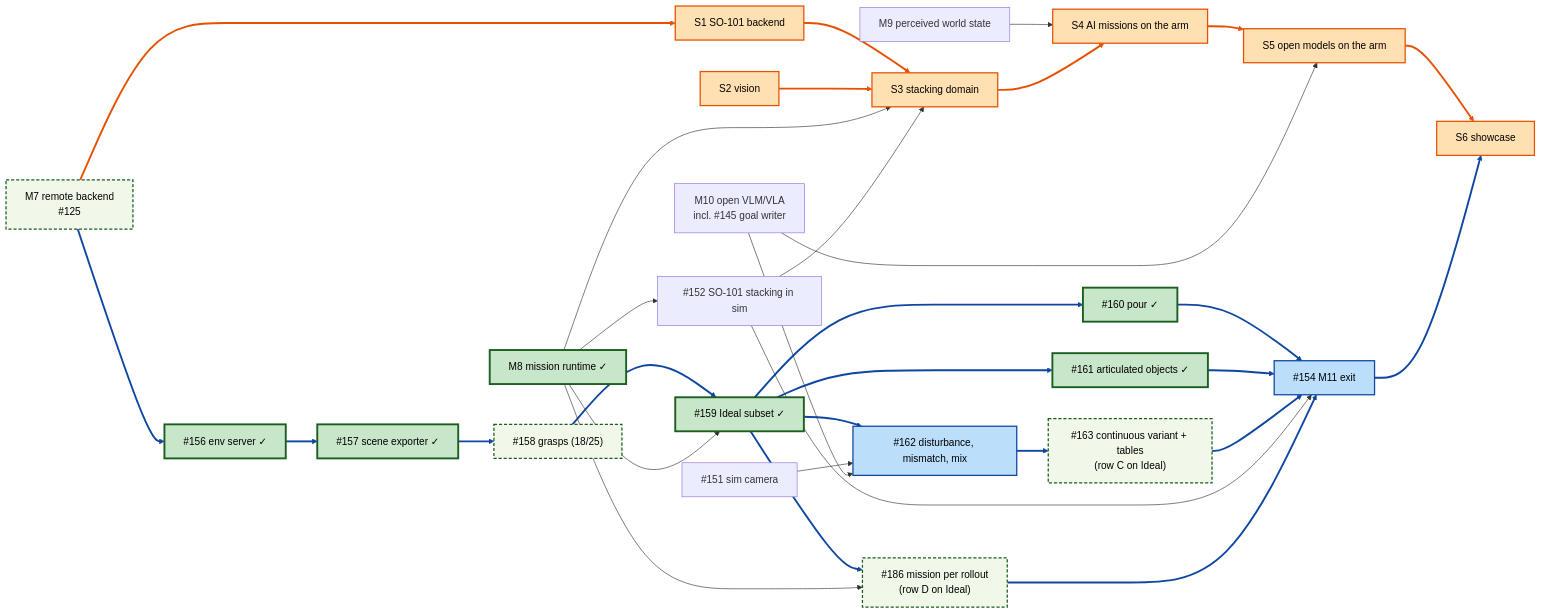
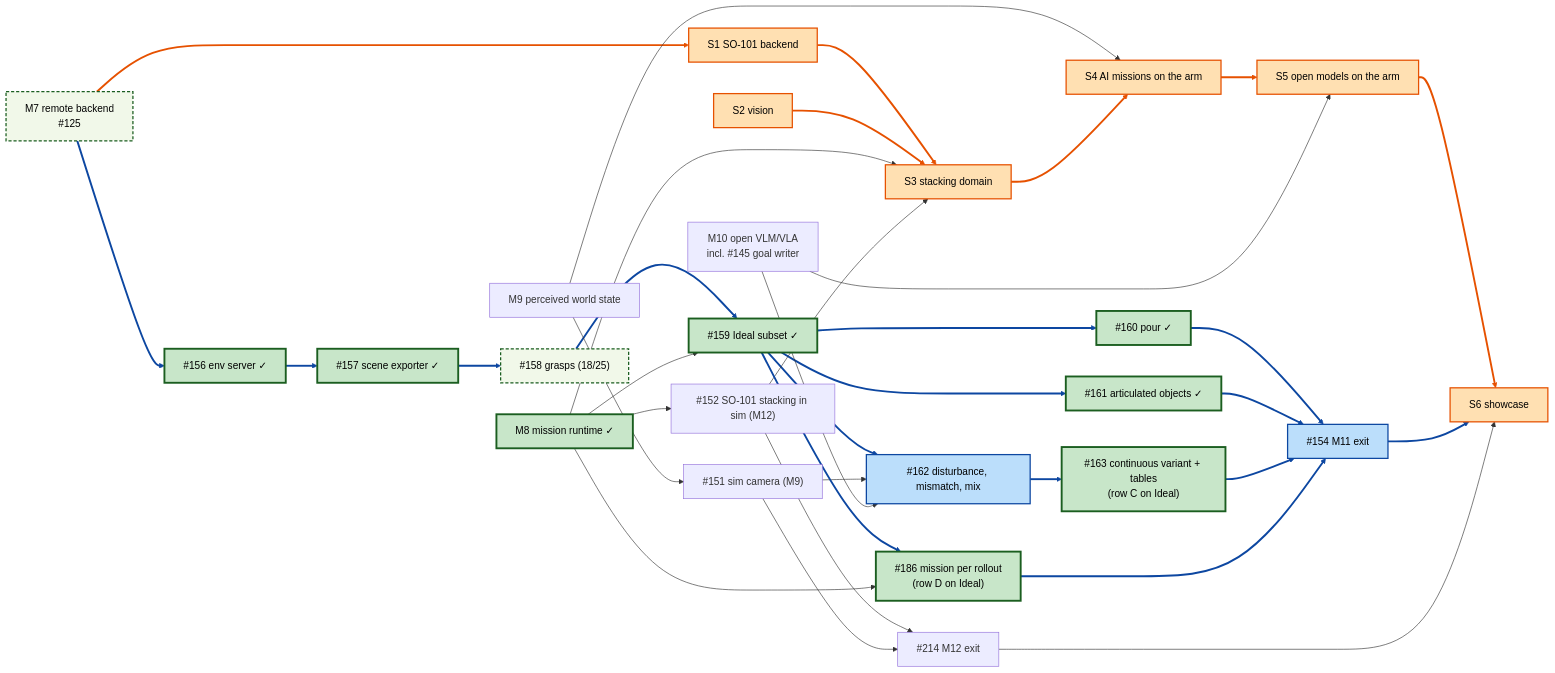
Before and after one commit to thanhndv212/long-tamp: the diagram in docs/plans/roadmap.md, drawn with Mermaid. The commit also changed other lines of this file, not shown here.

First line of the commit message:
docs(roadmap): re-plan milestone versions and split M11 by progress

````diff
--- a/docs/plans/roadmap.md
+++ b/docs/plans/roadmap.md
@@ -171,65 +179,69 @@
 ```mermaid
 flowchart LR
   M7[M7 remote backend<br/>#125]
   M8[M8 mission runtime ✓]
   M9[M9 perceived world state]
   M10[M10 open VLM/VLA<br/>incl. #145 goal writer]
-  CAM["#151 sim camera"]
-  SIM["#152 SO-101 stacking in sim"]
+  CAM["#151 sim camera (M9)"]
+  SIM["#152 SO-101 stacking in sim (M12)"]
   R1["#156 env server ✓"]
   R2["#157 scene exporter ✓"]
   R3["#158 grasps (18/25)"]
   R4["#159 Ideal subset ✓"]
   R5["#160 pour ✓"]
   R6["#161 articulated objects ✓"]
   R7["#162 disturbance, mismatch, mix"]
   R8["#163 continuous variant + tables<br/>(row C on Ideal)"]
   R9["#186 mission per rollout<br/>(row D on Ideal)"]
   X["#154 M11 exit"]
+  X2["#214 M12 exit"]
   S1[S1 SO-101 backend]
   S2[S2 vision]
   S3[S3 stacking domain]
   S4[S4 AI missions on the arm]
   S5[S5 open models on the arm]
   S6[S6 showcase]
   M7 --> R1
   R1 --> R2
   R2 --> R3
   R3 --> R4
   M8 --> R4
   R4 --> R5
   R4 --> R6
   R4 --> R7
   CAM --> R7
   M10 --> R7
   R7 --> R8
   R5 --> X
   R6 --> X
   R8 --> X
   M8 --> SIM
-  SIM --> X
+  SIM --> X2
   M7 --> S1
   S1 --> S3
   S2 --> S3
   M8 --> S3
   SIM --> S3
   M9 --> S4
   S3 --> S4
   S4 --> S5
   M10 --> S5
   S5 --> S6
   X --> S6
   R4 --> R9
   M8 --> R9
   R9 --> X
+  CAM --> X2
+  X2 --> S6
+  M9 --> CAM
   classDef hw fill:#ffe0b2,stroke:#e65100,stroke-width:2px,color:#000
   classDef bench fill:#bbdefb,stroke:#0d47a1,stroke-width:2px,color:#000
   class S1,S2,S3,S4,S5,S6 hw
   class R1,R2,R3,R4,R5,R6,R7,R8,R9,X bench
   classDef done fill:#c8e6c9,stroke:#1b5e20,stroke-width:3px,color:#000
   classDef partial fill:#f1f8e9,stroke:#1b5e20,stroke-width:2px,stroke-dasharray:5 3,color:#000
-  class M8,R1,R2,R4,R5,R6 done
-  class M7,R3,R8,R9 partial
+  class M8,R1,R2,R4,R5,R6,R8,R9 done
+  class M7,R3 partial
   linkStyle 16,17,18,22,23,25 stroke:#e65100,stroke-width:3px
   linkStyle 0,1,2,3,5,6,7,10,11,12,13,26,27,29 stroke:#0d47a1,stroke-width:3px
 ```
````
